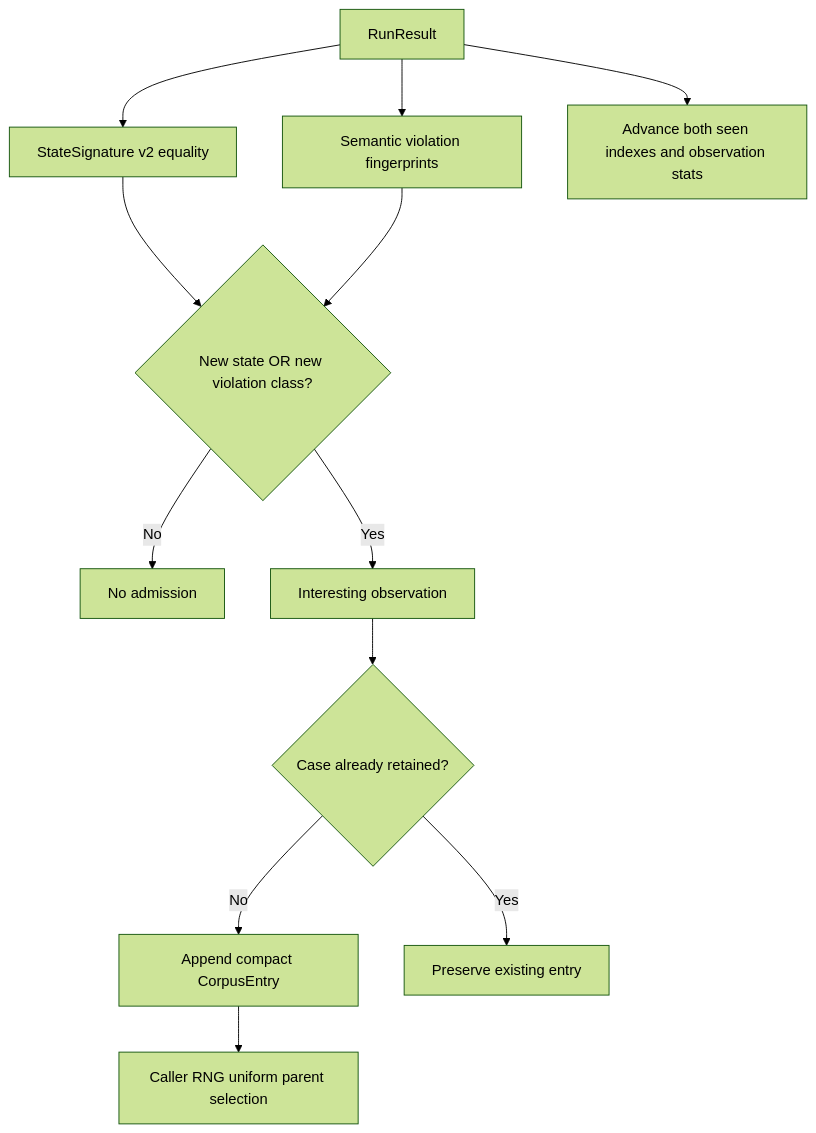
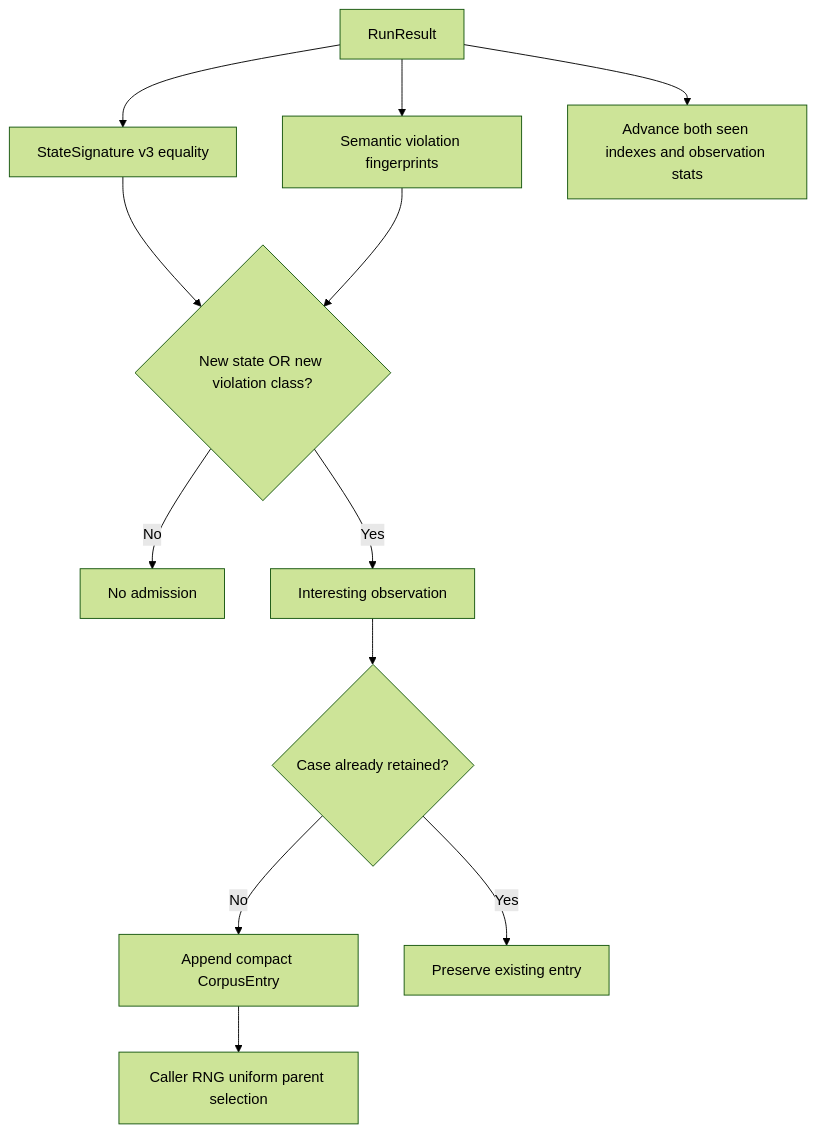
Before and after one commit to TheWaitForAGI/InodeFence: the sixth of 10 diagrams in docs/research/design/architecture.md, drawn with Mermaid (forest theme). The commit also changed other lines of this file and 24 other files, not shown here.

```diff
--- a/docs/research/design/architecture.md
+++ b/docs/research/design/architecture.md
@@ -979,14 +989,14 @@
 ~~~mermaid
 flowchart TD
-    R["RunResult"] --> S["StateSignature v2 equality"]
+    R["RunResult"] --> S["StateSignature v3 equality"]
     R --> V["Semantic violation fingerprints"]
     S --> N{"New state OR new violation class?"}
     V --> N
     N -->|No| D["No admission"]
     N -->|Yes| I["Interesting observation"]
     I --> K{"Case already retained?"}
     K -->|No| C["Append compact CorpusEntry"]
     K -->|Yes| A["Preserve existing entry"]
     R --> U["Advance both seen indexes and observation stats"]
     C --> M["Caller RNG uniform parent selection"]
 ~~~
```
